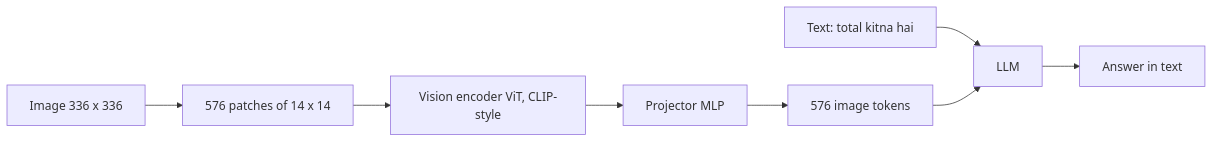
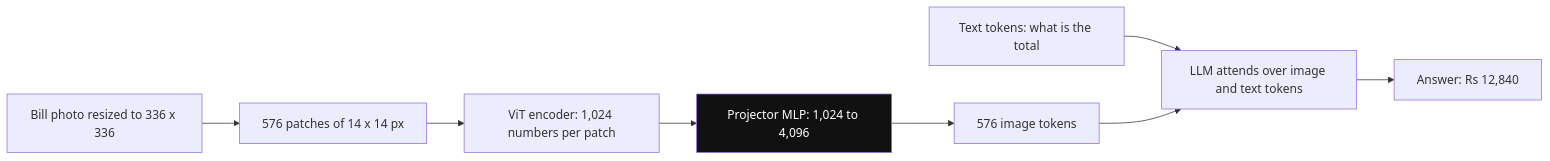
One commit to flow6979/viewinter changed the second of 17 diagrams in content/11-agentic/18-multimodal-voice.md. Above: the diagram before and after it, drawn with Mermaid. The commit also changed other lines of this file and 85 other files, not shown here.

First line of the commit message:
AI + RAG content: add diagrams across every page (196 -> 513)

````diff
--- a/content/11-agentic/18-multimodal-voice.md
+++ b/content/11-agentic/18-multimodal-voice.md
@@ -77,10 +77,13 @@
 ```mermaid
 flowchart LR
-    I["Image 336 x 336"] --> P["576 patches of 14 x 14"]
-    P --> E["Vision encoder ViT, CLIP-style"]
-    E --> PR["Projector MLP"]
+    I["Bill photo resized to 336 x 336"] --> P["576 patches of 14 x 14 px"]
+    P --> E["ViT encoder: 1,024 numbers per patch"]
+    E --> PR["Projector MLP: 1,024 to 4,096"]
     PR --> T["576 image tokens"]
-    Q["Text: total kitna hai"] --> L["LLM"]
+    Q["Text tokens: what is the total"] --> L["LLM attends over image and text tokens"]
     T --> L
-    L --> A["Answer in text"]
+    L --> A["Answer: Rs 12,840"]
+    class PR hot
+    classDef hot fill:#111,color:#fff
+    classDef dim fill:#fff
 ```
````
